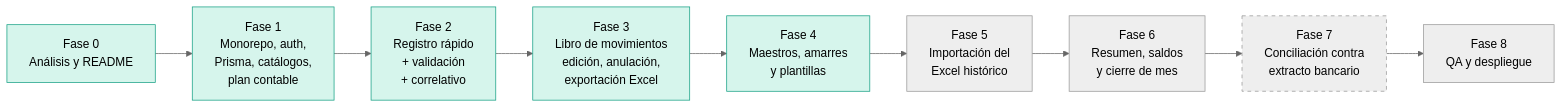
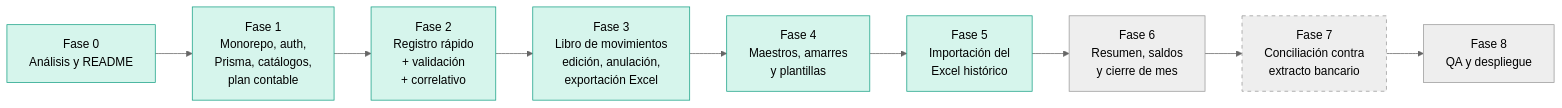
Diagram 17 of 17 in README.md (Jose27luis/conciliacion-bancaria), drawn with Mermaid (neutral theme) before and after one commit. The commit also changed other lines of this file, not shown here.

````diff
--- a/README.md
+++ b/README.md
@@ -838,18 +850,19 @@
 ```mermaid
 flowchart LR
     F0[Fase 0<br/>Análisis y README] --> F1
     F1[Fase 1<br/>Monorepo, auth,<br/>Prisma, catálogos,<br/>plan contable] --> F2
     F2[Fase 2<br/>Registro rápido<br/>+ validación<br/>+ correlativo] --> F3
     F3[Fase 3<br/>Libro de movimientos<br/>edición, anulación,<br/>exportación Excel] --> F4
     F4[Fase 4<br/>Maestros, amarres<br/>y plantillas] --> F5
     F5[Fase 5<br/>Importación del<br/>Excel histórico] --> F6
     F6[Fase 6<br/>Resumen, saldos<br/>y cierre de mes] --> F7
     F7[Fase 7<br/>Conciliación contra<br/>extracto bancario] --> F8[Fase 8<br/>QA y despliegue]
 
     style F0 fill:#d6f5ec,stroke:#16a085,color:#000
     style F1 fill:#d6f5ec,stroke:#16a085,color:#000
     style F2 fill:#d6f5ec,stroke:#16a085,color:#000
     style F3 fill:#d6f5ec,stroke:#16a085,color:#000
     style F4 fill:#d6f5ec,stroke:#16a085,color:#000
+    style F5 fill:#d6f5ec,stroke:#16a085,color:#000
     style F7 stroke-dasharray: 5 5
 ```
````
